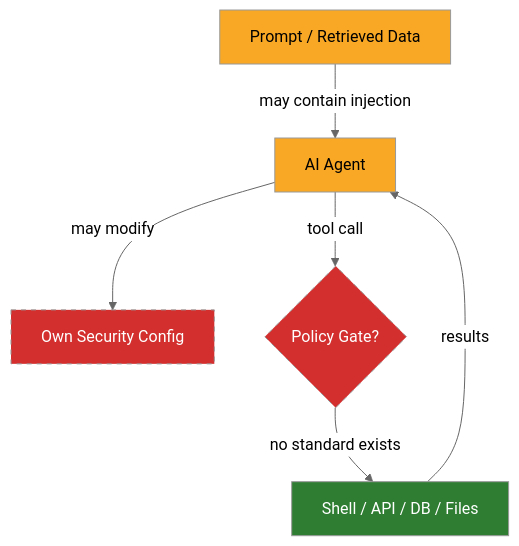
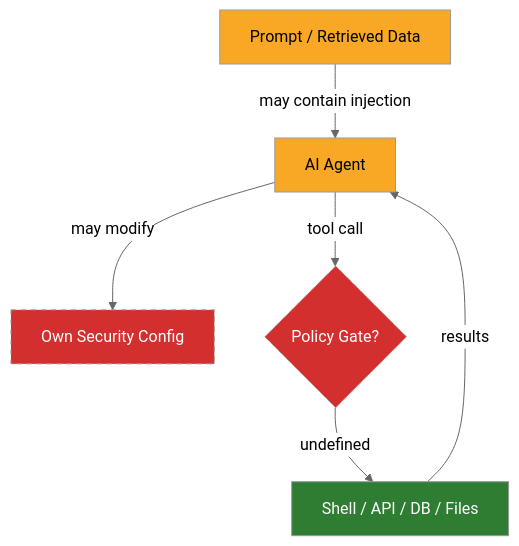
The second of 3 diagrams in security-gaps.md (bdauer/working-with-machines), drawn with Mermaid (neutral theme) before and after one commit. The commit also changed other lines of this file and 3 other files, not shown here.

````diff
--- a/security-gaps.md
+++ b/security-gaps.md
@@ -41,12 +41,12 @@
 ```mermaid
 flowchart TB
     Prompt[Prompt / Retrieved Data]:::warning -->|"may contain injection"| Agent[AI Agent]:::warning
     Agent -->|"may modify"| Config[Own Security Config]:::threat
     Agent -->|"tool call"| Gate{Policy Gate?}:::threat
-    Gate -->|"no standard exists"| Tools[Shell / API / DB / Files]:::safe
+    Gate -->|"undefined"| Tools[Shell / API / DB / Files]:::safe
     Tools -->|"results"| Agent
 
     classDef threat fill:#d32f2f,color:#fff,stroke-dasharray: 5 5
     classDef safe fill:#2e7d32,color:#fff
     classDef warning fill:#f9a825,color:#000
 ```
````
